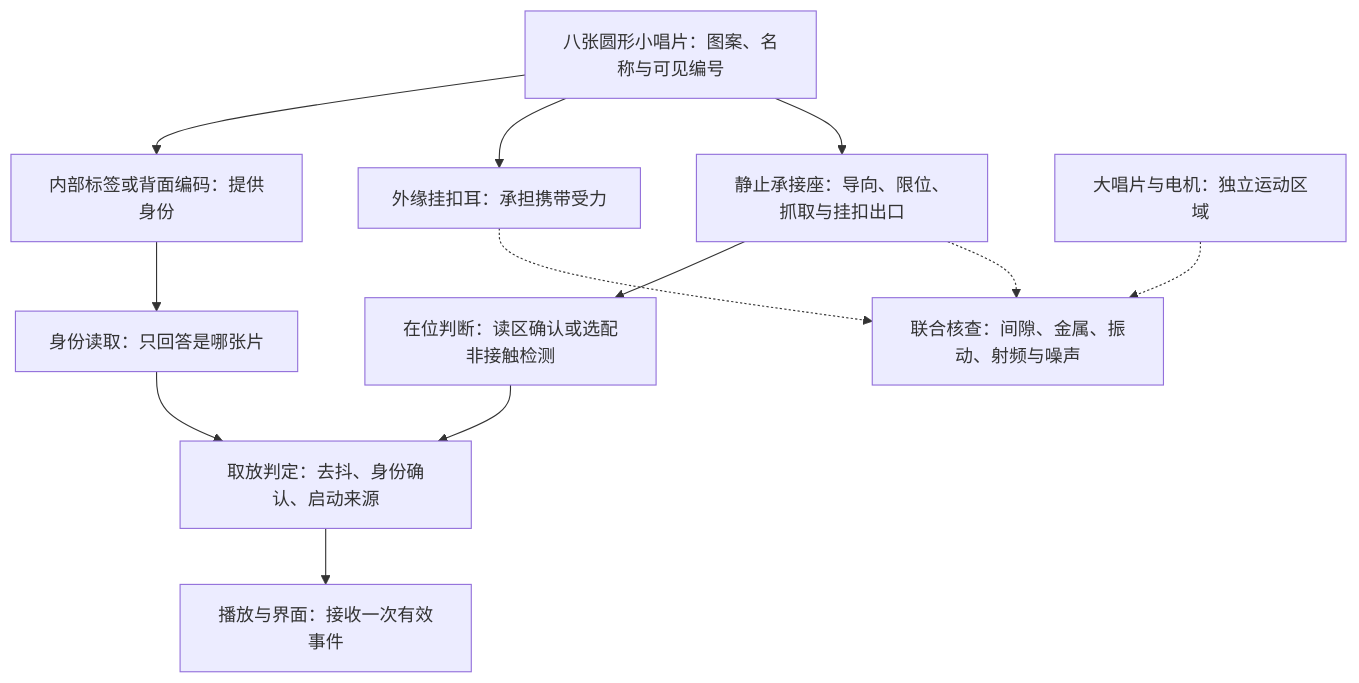
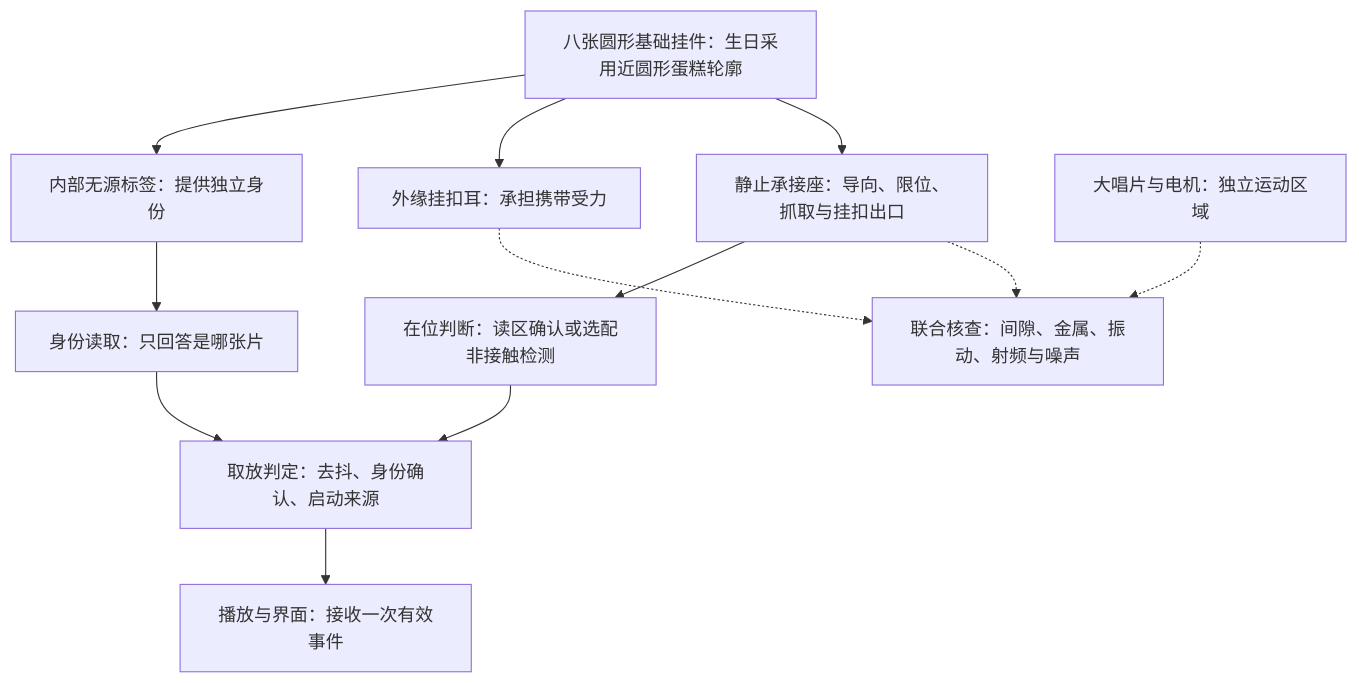
The fourth of 4 diagrams in features/records/README.md (yigencong-1/record-companion), drawn with Mermaid before and after one commit. The commit also changed other lines of this file and 33 other files, not shown here.

````diff
--- a/features/records/README.md
+++ b/features/records/README.md
@@ -198,14 +198,14 @@
 ```mermaid
 flowchart TB
-    R["八张圆形小唱片：图案、名称与可见编号"] --> I["内部标签或背面编码：提供身份"]
+    R["八张圆形基础挂件：生日采用近圆形蛋糕轮廓"] --> I["内部无源标签：提供独立身份"]
     R --> H["外缘挂扣耳：承担携带受力"]
     R --> S["静止承接座：导向、限位、抓取与挂扣出口"]
     I --> D["身份读取：只回答是哪张片"]
     S --> P["在位判断：读区确认或选配非接触检测"]
     D --> E["取放判定：去抖、身份确认、启动来源"]
     P --> E
     E --> C["播放与界面：接收一次有效事件"]
     M["大唱片与电机：独立运动区域"] -.-> X["联合核查：间隙、金属、振动、射频与噪声"]
     H -.-> X
     S -.-> X
 ```
````
